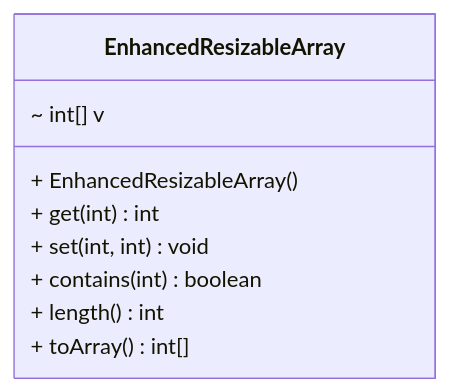
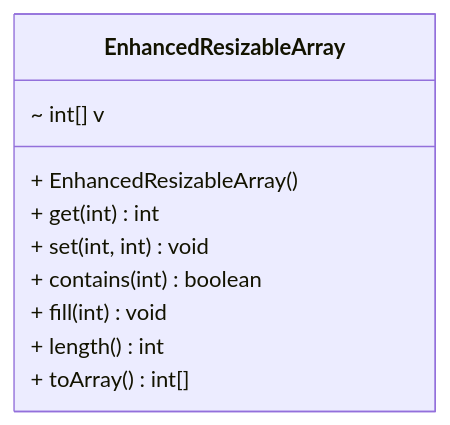
Before and after one commit to nbicocchi/learn-java-core: the sixth of 13 diagrams in src/main/java/com/nbicocchi/exercises/oop/README.md, drawn with Mermaid. The commit also changed other lines of this file and 3 other files, not shown here.

````diff
--- a/src/main/java/com/nbicocchi/exercises/oop/README.md
+++ b/src/main/java/com/nbicocchi/exercises/oop/README.md
@@ -219,13 +188,14 @@
 ```mermaid
 classDiagram
 direction BT
 class EnhancedResizableArray {
   ~ int[] v
   + EnhancedResizableArray() 
   + get(int) int
   + set(int, int) void
   + contains(int) boolean
+  + fill(int) void
   + length() int
   + toArray() int[]
 }
 ```
````
